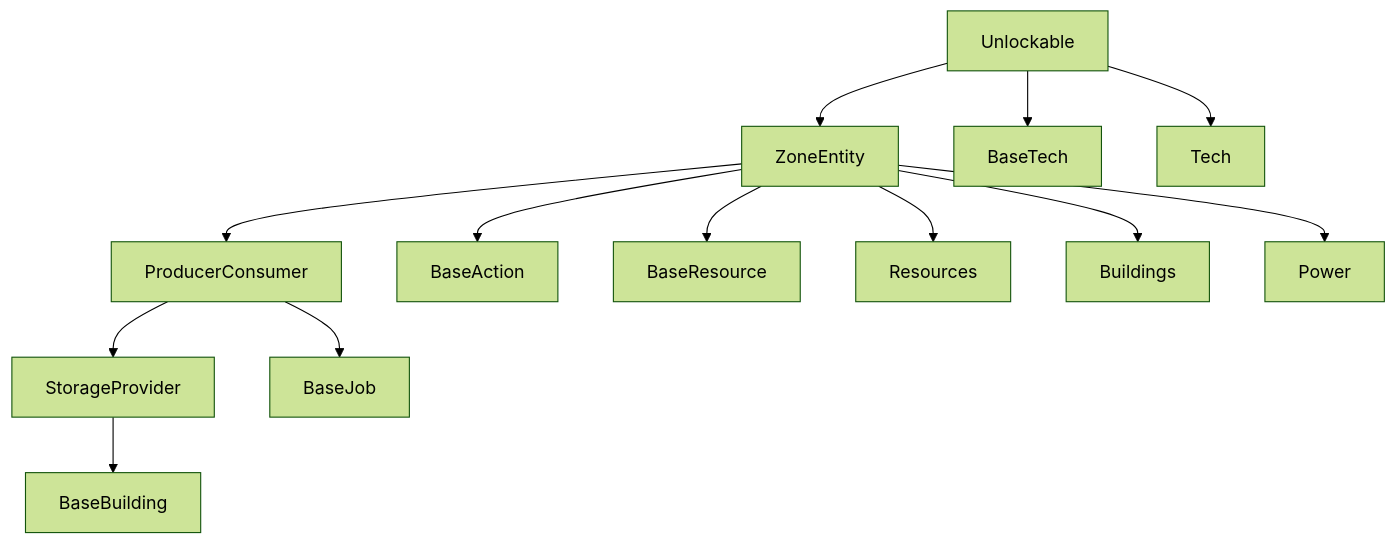
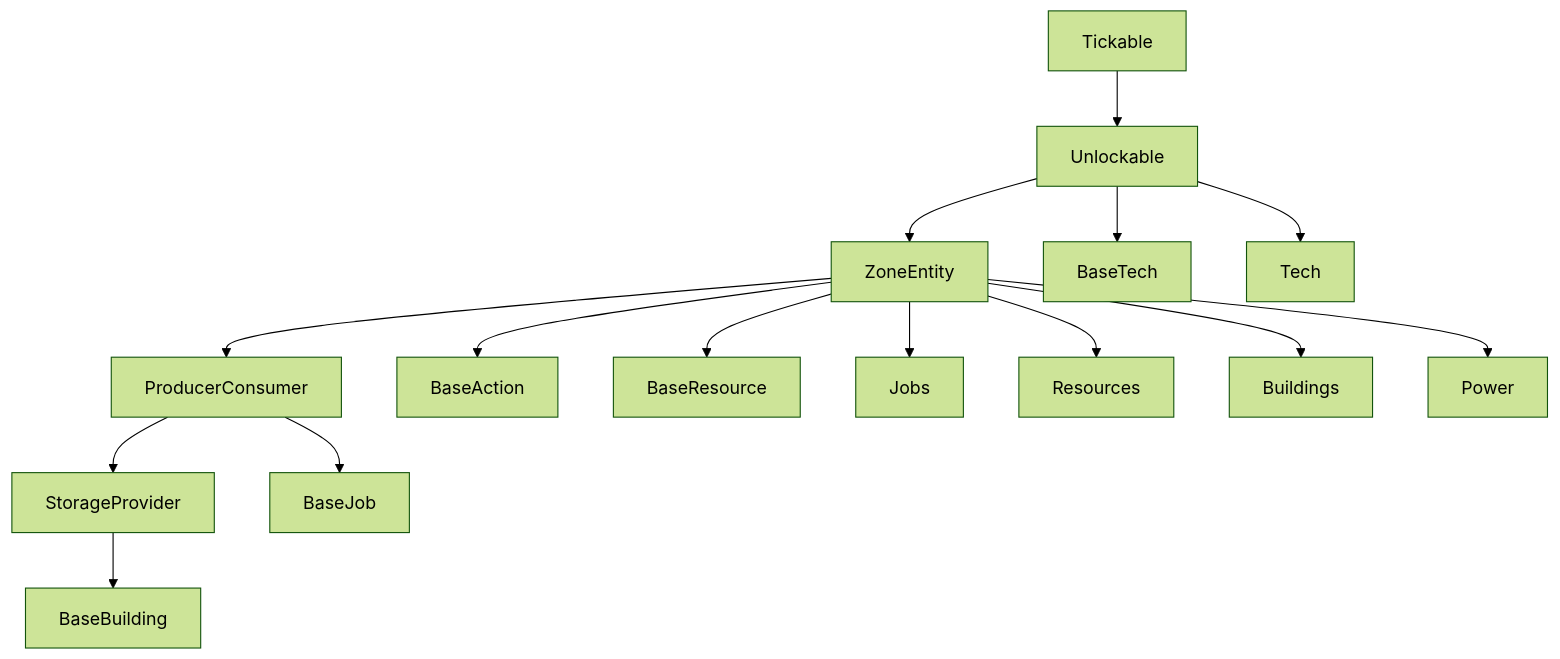
The diagram in docs/HIERARCHY.md (krnsk0/idler), drawn with Mermaid (forest theme) before and after one commit. The commit also changed 9 other files, not shown here.

````diff
--- a/docs/HIERARCHY.md
+++ b/docs/HIERARCHY.md
@@ -3,16 +3,18 @@
 ```mermaid
 
 graph TD;
+  Y[Tickable] --> Z[Unlockable]
   Z[Unlockable] --> A[ZoneEntity]
   Z[Unlockable] --> K[BaseTech]
   A[ZoneEntity] --> B[ProducerConsumer]
   A[ZoneEntity] --> C[BaseAction]
   E[StorageProvider] --> D[BaseBuilding]
   B[ProducerConsumer] --> E[StorageProvider]
   A[ZoneEntity] --> H[BaseResource]
   B[ProducerConsumer] --> I[BaseJob]
   Z[Unlockable] --> J[Tech]
+  A[ZoneEntity] --> X[Jobs]
   A[ZoneEntity] --> L[Resources]
   A[ZoneEntity] --> M[Buildings]
   A[ZoneEntity] --> N[Power]
 ```
````
